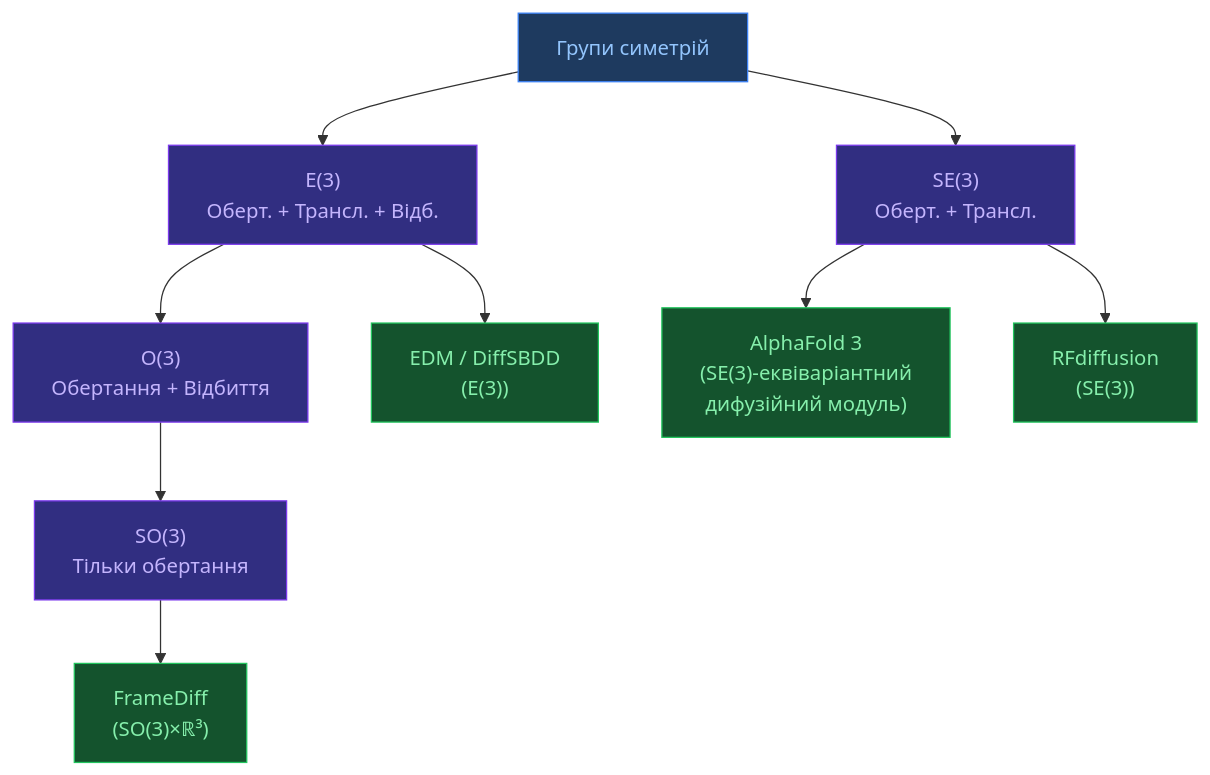
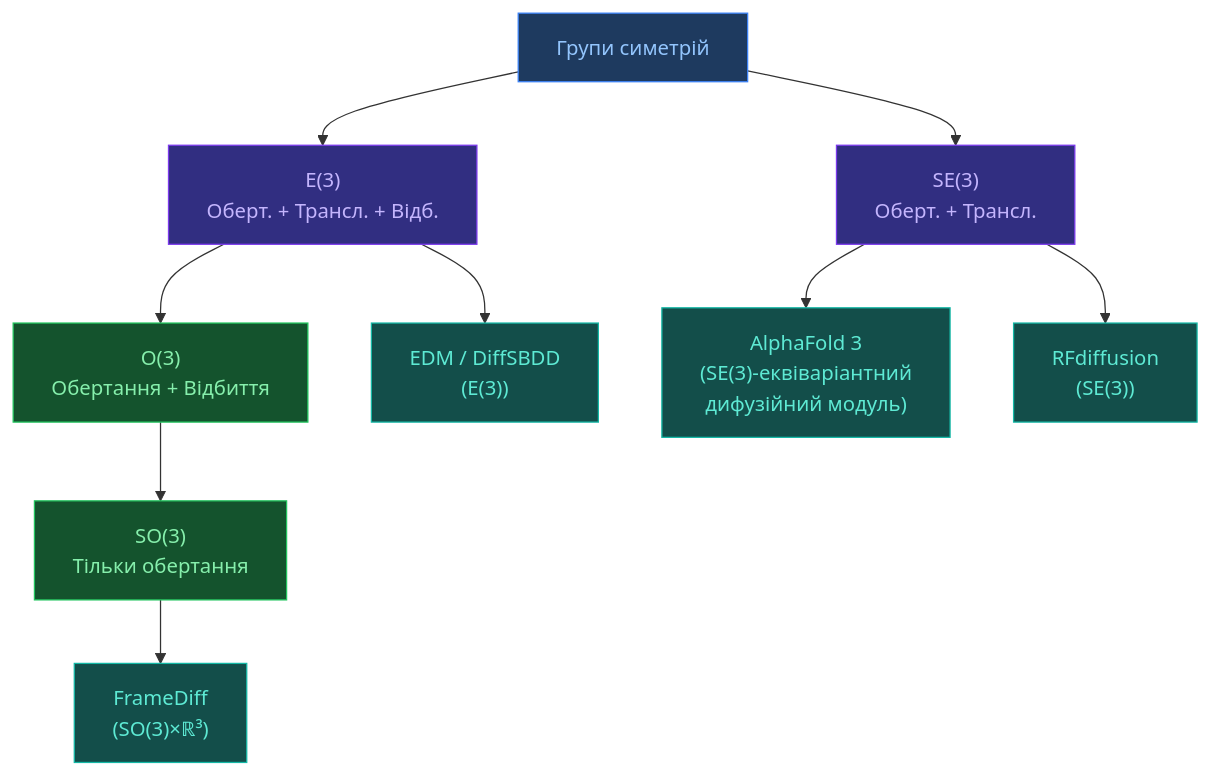
Before and after one commit to OlehVolkov/AlphaFold3-AIGen-KnowledgeBase: the first of 2 diagrams in UA/2. Концепції/2.2. Машинне-Навчання/2.2.4. Геометричне глибоке навчання.md, drawn with Mermaid. The commit also changed other lines of this file and 35 other files, not shown here.

````diff
--- a/UA/2. Концепції/2.2. Машинне-Навчання/2.2.4. Геометричне глибоке навчання.md
+++ b/UA/2. Концепції/2.2. Машинне-Навчання/2.2.4. Геометричне глибоке навчання.md
@@ -39,24 +39,27 @@
 ```mermaid
 flowchart TD
-    G["Групи симетрій"]:::root
-    E3["E(3)<br/>Оберт. + Трансл. + Відб."]:::g
-    SE3["SE(3)<br/>Оберт. + Трансл."]:::g
-    O3["O(3)<br/>Обертання + Відбиття"]:::g
-    SO3["SO(3)<br/>Тільки обертання"]:::g
+    G["Групи симетрій"]:::input
+    E3["E(3)<br/>Оберт. + Трансл. + Відб."]:::trunk
+    SE3["SE(3)<br/>Оберт. + Трансл."]:::trunk
+    O3["O(3)<br/>Обертання + Відбиття"]:::diffusion
+    SO3["SO(3)<br/>Тільки обертання"]:::diffusion
 
     G --> E3 & SE3
     E3 --> O3 --> SO3
 
-    AF3["AlphaFold 3<br/>(SE(3)-еквіваріантний<br/>дифузійний модуль)"]:::model
-    EDM["EDM / DiffSBDD<br/>(E(3))"]:::model
-    RF["RFdiffusion<br/>(SE(3))"]:::model
-    FD["FrameDiff<br/>(SO(3)×ℝ³)"]:::model
+    AF3["AlphaFold 3<br/>(SE(3)-еквіваріантний<br/>дифузійний модуль)"]:::output
+    EDM["EDM / DiffSBDD<br/>(E(3))"]:::output
+    RF["RFdiffusion<br/>(SE(3))"]:::output
+    FD["FrameDiff<br/>(SO(3)×ℝ³)"]:::output
 
     SE3 --> AF3 & RF
     E3 --> EDM
     SO3 --> FD
 
-    classDef root  fill:#1e3a5f,stroke:#3b82f6,color:#93c5fd
-    classDef g     fill:#312e81,stroke:#7c3aed,color:#c4b5fd
-    classDef model fill:#14532d,stroke:#22c55e,color:#86efac
+    classDef input fill:#1e3a5f,stroke:#3b82f6,color:#93c5fd
+    classDef trunk fill:#312e81,stroke:#7c3aed,color:#c4b5fd
+    classDef diffusion fill:#14532d,stroke:#22c55e,color:#86efac
+    classDef confidence fill:#7c2d12,stroke:#ea580c,color:#fdba74
+    classDef output fill:#134e4a,stroke:#14b8a6,color:#5eead4
+    classDef neutral fill:#1e293b,stroke:#475569,color:#94a3b8
 ```
````
